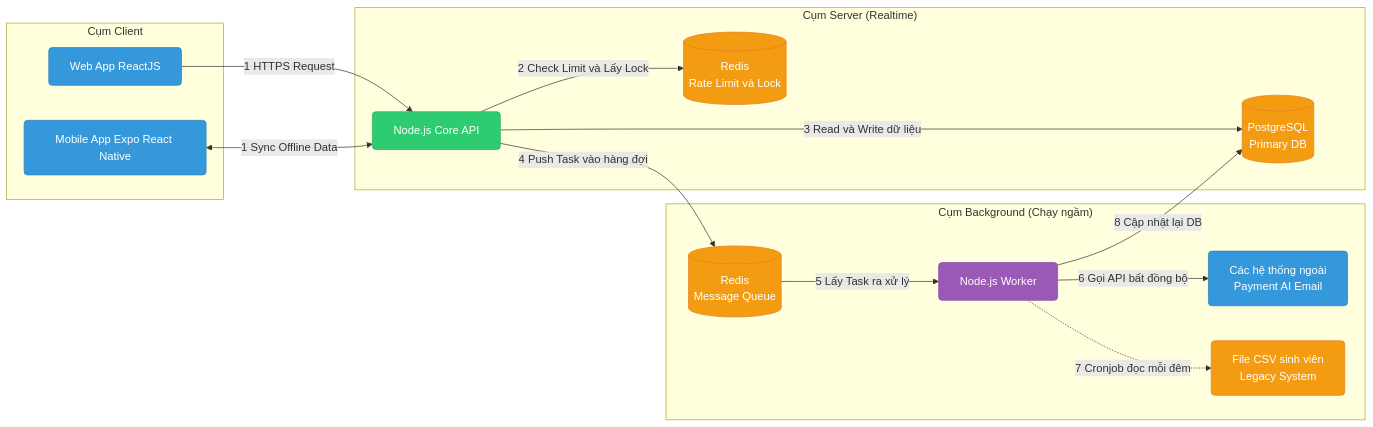
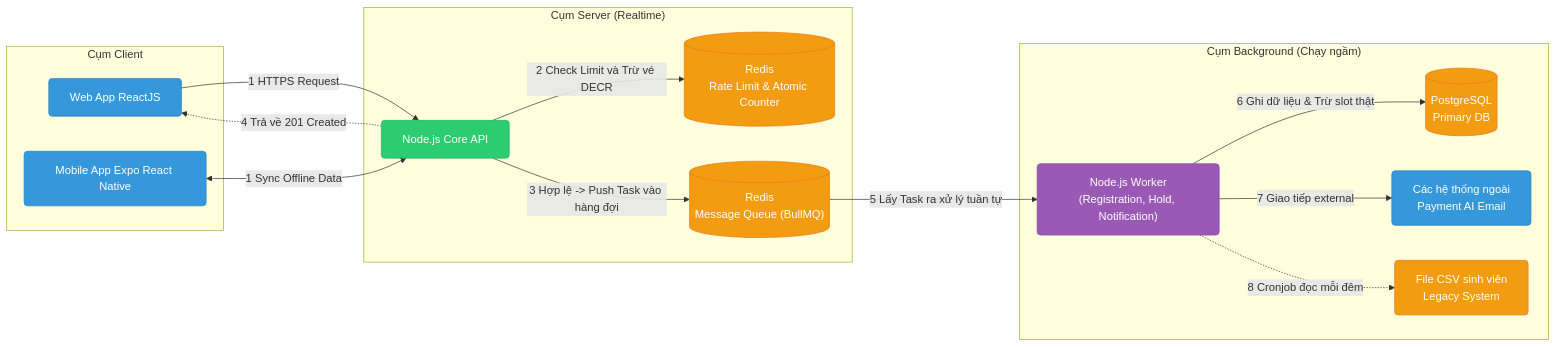
One commit to Pipi1225/Unihub-Workshop-23127052-23127125 changed the third of 3 diagrams in blueprint/design.md. Above: the diagram before and after it, drawn with Mermaid. The commit also changed other lines of this file and 11 other files, not shown here.

Commit message:
update: Implement more powerful registration flow.

````diff
--- a/blueprint/design.md
+++ b/blueprint/design.md
@@ -97,44 +97,44 @@
 ```mermaid
 graph LR
     %% Định nghĩa các Style
     classDef db fill:#f39c12,stroke:#e67e22,color:#ffffff,rx:5px,ry:5px;
     classDef api fill:#2ecc71,stroke:#27ae60,color:#ffffff,rx:5px,ry:5px;
     classDef worker fill:#9b59b6,stroke:#8e44ad,color:#ffffff,rx:5px,ry:5px;
     classDef client fill:#3498db,stroke:#2980b9,color:#ffffff,rx:5px,ry:5px;
 
     %% 1. Cụm Client
     subgraph Client ["Cụm Client"]
         React["Web App ReactJS"]:::client
         MobileExpo["Mobile App Expo React Native"]:::client
     end
 
     %% 2. Cụm Server
     subgraph Server ["Cụm Server (Realtime)"]
         Gateway["Node.js Core API"]:::api
-        RedisRateLimit[("Redis<br/>Rate Limit và Lock")]:::db
-        PostgresDB[("PostgreSQL<br/>Primary DB")]:::db
+        RedisCounter[("Redis<br/>Rate Limit & Atomic Counter")]:::db
+        RedisQueue[("Redis<br/>Message Queue (BullMQ)")]:::db
     end
 
     %% 3. Cụm Background
     subgraph Background ["Cụm Background (Chạy ngầm)"]
-        RedisQueue[("Redis<br/>Message Queue")]:::db
-        WorkerNode["Node.js Worker"]:::worker
+        WorkerNode["Node.js Worker<br/>(Registration, Hold, Notification)"]:::worker
+        PostgresDB[("PostgreSQL<br/>Primary DB")]:::db
         External["Các hệ thống ngoài<br/>Payment AI Email"]:::client
         CSV["File CSV sinh viên<br/>Legacy System"]:::db
     end
 
     %% Luồng 1: Tương tác Client - Server
     React -->|1 HTTPS Request| Gateway
     MobileExpo <-->|1 Sync Offline Data| Gateway
 
     %% Luồng 2: Xử lý tại Server
-    Gateway -->|2 Check Limit và Lấy Lock| RedisRateLimit
-    Gateway -->|3 Read và Write dữ liệu| PostgresDB
-    Gateway -->|4 Push Task vào hàng đợi| RedisQueue
+    Gateway -->|2 Check Limit và Trừ vé DECR| RedisCounter
+    Gateway -->|3 Hợp lệ -> Push Task vào hàng đợi| RedisQueue
+    Gateway -.->|4 Trả về 201 Created| React
 
     %% Luồng 3: Xử lý ngầm
-    RedisQueue -->|5 Lấy Task ra xử lý| WorkerNode
-    WorkerNode -->|6 Gọi API bất đồng bộ| External
-    WorkerNode -.->|7 Cronjob đọc mỗi đêm| CSV
-    WorkerNode -->|8 Cập nhật lại DB| PostgresDB
+    RedisQueue -->|5 Lấy Task ra xử lý tuần tự| WorkerNode
+    WorkerNode -->|6 Ghi dữ liệu & Trừ slot thật| PostgresDB
+    WorkerNode -->|7 Giao tiếp external| External
+    WorkerNode -.->|8 Cronjob đọc mỗi đêm| CSV
 ```
````
